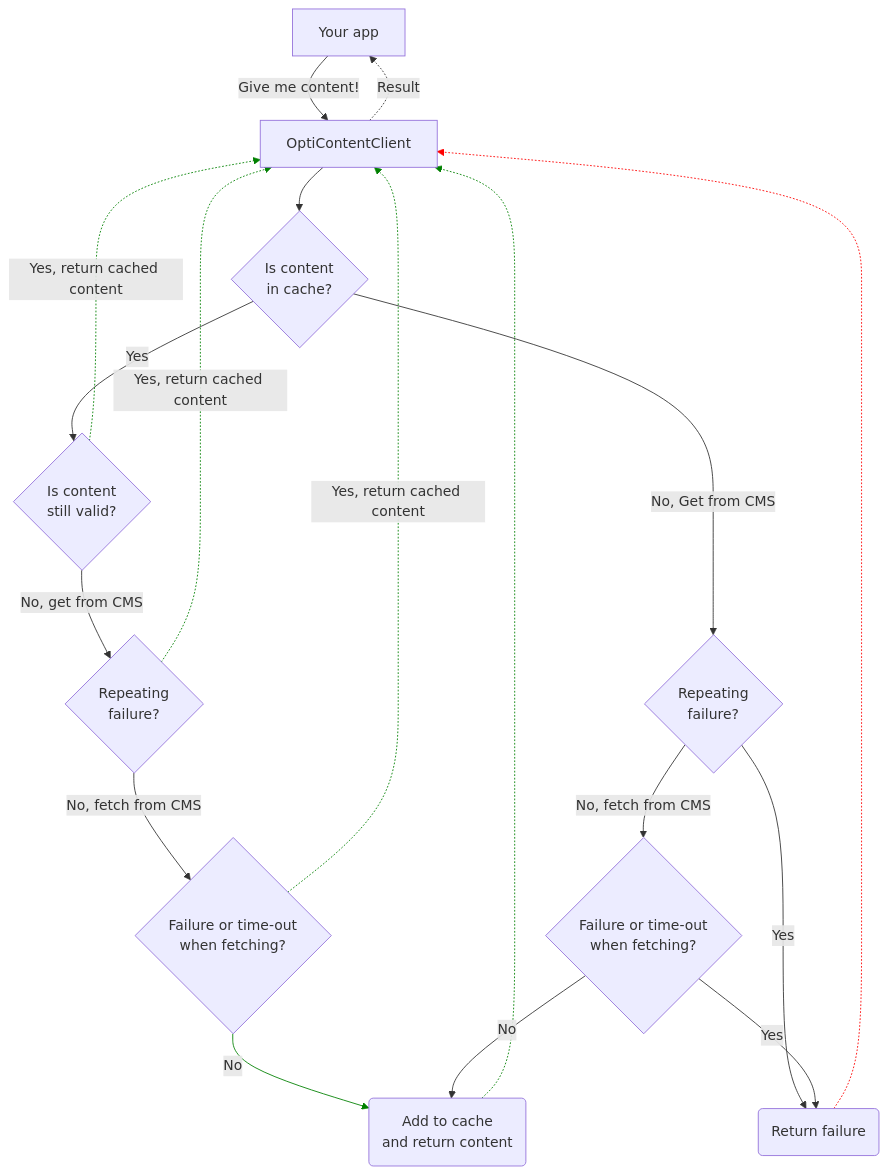
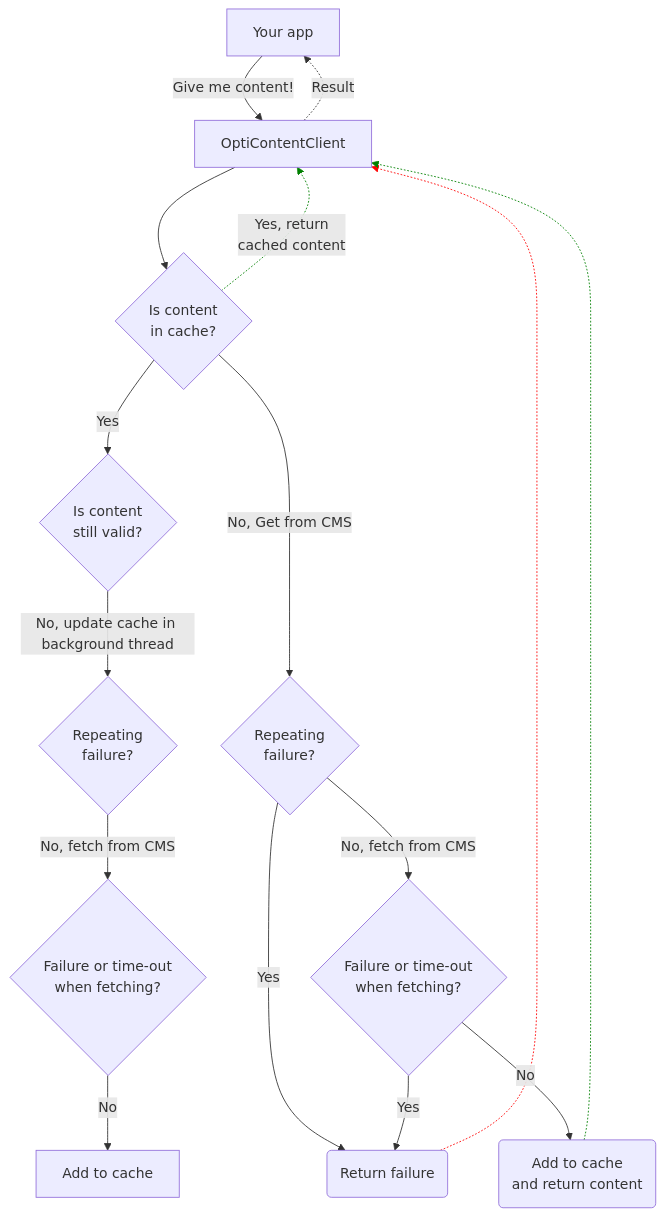
One commit to ErikHen/OptiContentClient changed the diagram in README.md. Above: the diagram before and after it, drawn with Mermaid. The commit also changed other lines of this file and 4 other files, not shown here.

````diff
--- a/README.md
+++ b/README.md
@@ -133,22 +133,21 @@
 ```mermaid
 flowchart TD
     App[Your app] -->|Give me content!| A 
     A -.->|Result| App
     A[OptiContentClient] --> C{Is content <br>in cache?}
+    C -.->|Yes, return<br> cached content| A
     C -->|Yes| D{Is content <br>still valid?}
-    D -.->|Yes, return cached content| A
-    D -->|No, get from CMS| RF{Repeating <br>failure?}
-    RF -.->|Yes, return cached content| A 
+    D -->|No, update cache in background thread| RF{Repeating <br>failure?}
     RF -->|No, fetch from CMS| FF{Failure or time-out <br>when fetching?}
-    FF -.->|Yes, return cached content| A 
-    FF -->|No| AC[Add to cache<br>and return content]
-    AC -.-> A
+   
+    FF -->|No| AC2[Add to cache]
     C --->|No, Get from CMS| RF2{Repeating <br> failure?}
     RF2 -->|Yes| RFail(Return failure) 
     RFail -.-> A
     RF2 -->|No, fetch from CMS| FF2{Failure or time-out <br>when fetching?} 
     FF2 -->|Yes| RFail 
     FF2 -->|No| AC(Add to cache<br>and return content)
-    linkStyle 4,6,8,9,10 stroke:green;
-    linkStyle 13 stroke:red;
+    AC -.-> A
+    linkStyle 3,14 stroke:green;
+    linkStyle 10 stroke:red;
 ```
````
